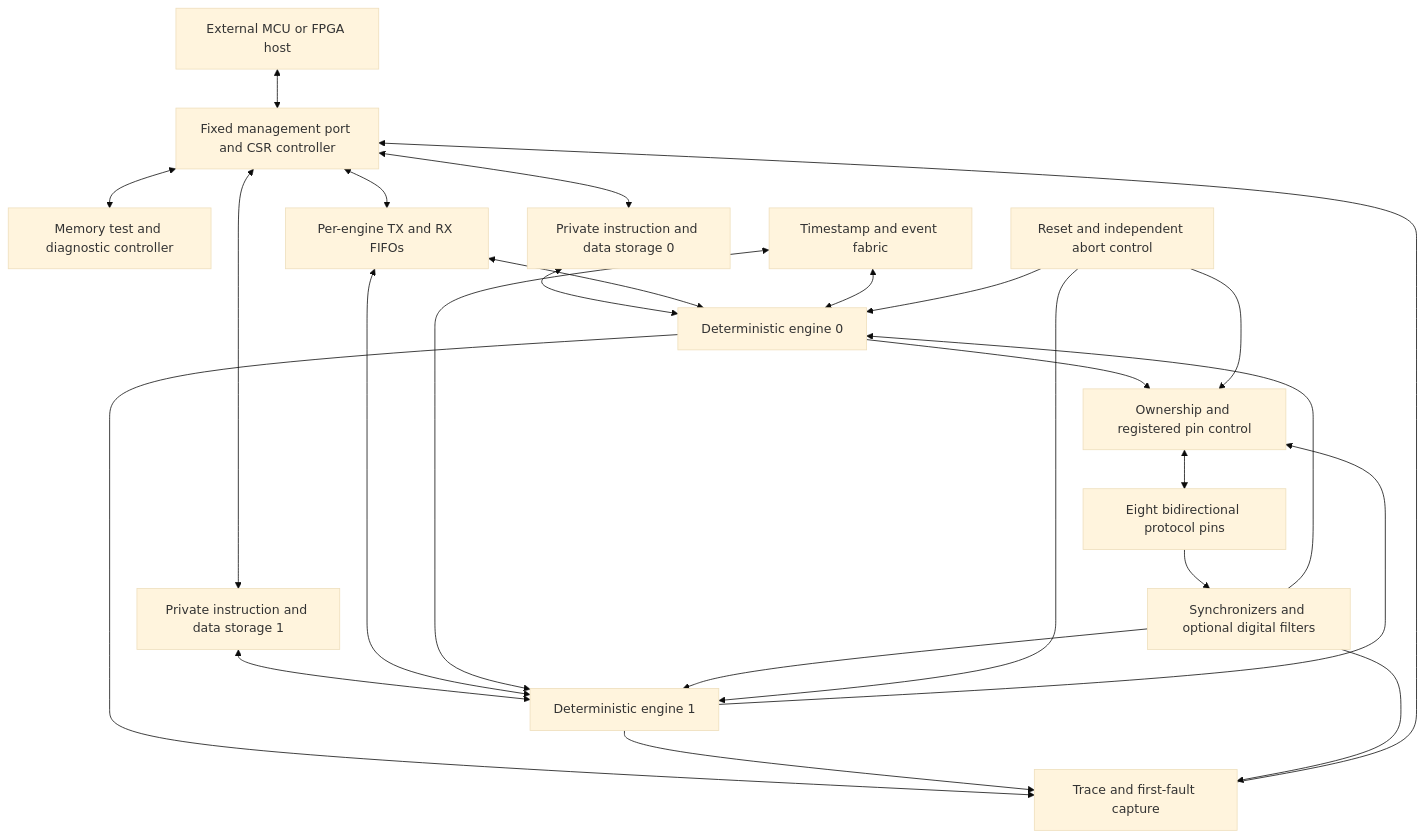
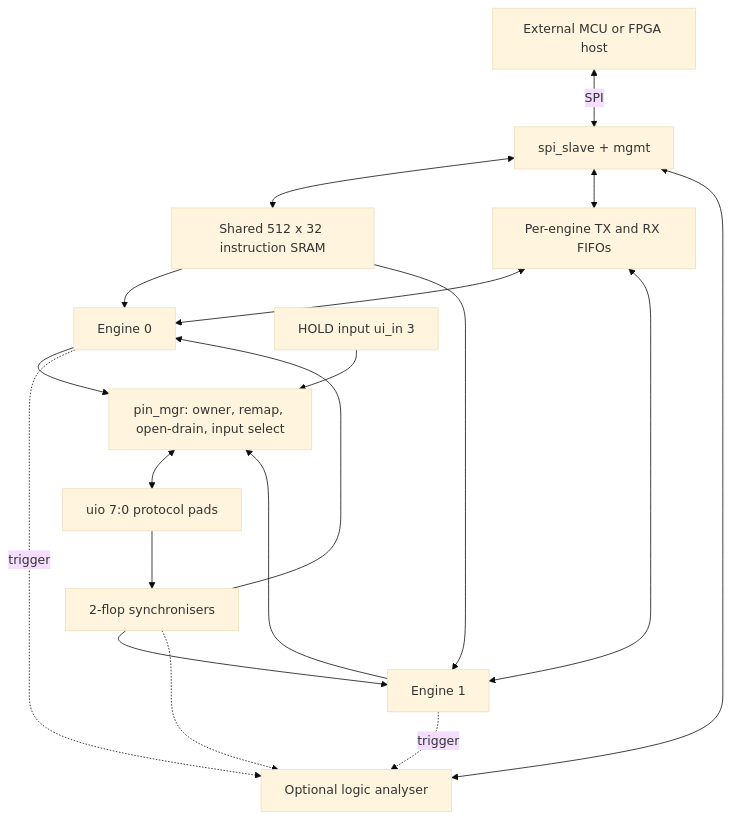
One commit to Rishadd/protocol_emulator changed the diagram in docs/PROTOCOL_EMULATOR_ARCHITECTURE.md. Above: the diagram before and after it, drawn with Mermaid (base theme). The commit also changed other lines of this file and 36 other files, not shown here.

Commit message:
docs: architecture doc brought up to date (status 2026-10-31); tb: +dump plusarg writes build/wave/<tb>.vcd

````diff
--- a/docs/PROTOCOL_EMULATOR_ARCHITECTURE.md
+++ b/docs/PROTOCOL_EMULATOR_ARCHITECTURE.md
@@ -121,27 +110,20 @@
 ```mermaid
 flowchart TB
-    Host[External MCU or FPGA host] <--> Mgmt[Fixed management port and CSR controller]
-    Mgmt <--> Test[Memory test and diagnostic controller]
-    Mgmt <--> Mem0[Private instruction and data storage 0]
-    Mgmt <--> Mem1[Private instruction and data storage 1]
-    Mem0 <--> Eng0[Deterministic engine 0]
-    Mem1 <--> Eng1[Deterministic engine 1]
+    Host[External MCU or FPGA host] <-->|SPI| Mgmt[spi_slave + mgmt]
+    Mgmt <--> Mem[Shared 512 x 32 instruction SRAM]
     Mgmt <--> FIFOs[Per-engine TX and RX FIFOs]
+    Mem --> Eng0[Engine 0]
+    Mem --> Eng1[Engine 1]
     FIFOs <--> Eng0
     FIFOs <--> Eng1
-    Events[Timestamp and event fabric] <--> Eng0
-    Events <--> Eng1
-    Eng0 --> Pins[Ownership and registered pin control]
+    Eng0 --> Pins[pin_mgr: owner, remap, open-drain, input select]
     Eng1 --> Pins
-    Pins <--> Pad[Eight bidirectional protocol pins]
-    Pad --> Input[Synchronizers and optional digital filters]
-    Input --> Eng0
-    Input --> Eng1
-    Eng0 --> Trace[Trace and first-fault capture]
-    Eng1 --> Trace
-    Input --> Trace
-    Trace --> Mgmt
-    Safety[Reset and independent abort control] --> Pins
-    Safety --> Eng0
-    Safety --> Eng1
+    Pins <--> Pad[uio 7:0 protocol pads]
+    Pad --> Sync[2-flop synchronisers] --> Eng0
+    Sync --> Eng1
+    Eng0 -.->|trigger| LA[Optional logic analyser]
+    Eng1 -.->|trigger| LA
+    Sync -.-> LA
+    LA <--> Mgmt
+    Hold[HOLD input ui_in 3] --> Pins
 ```
````
